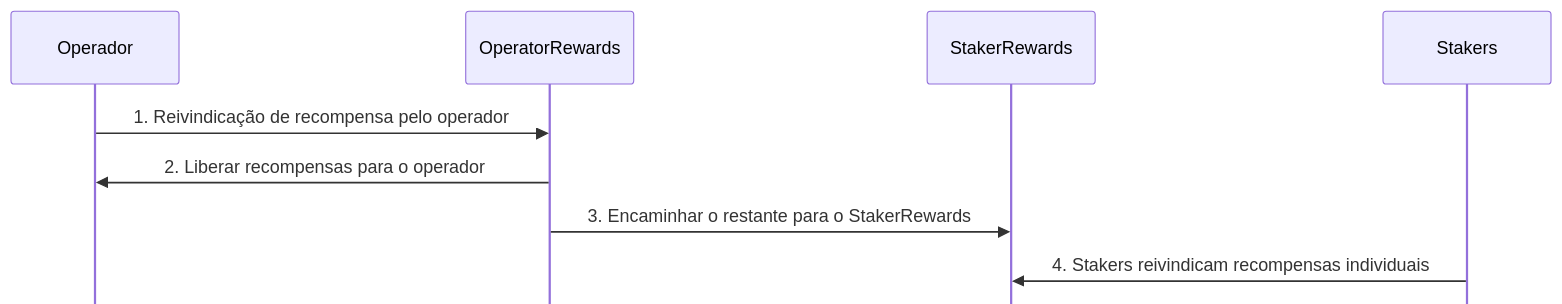
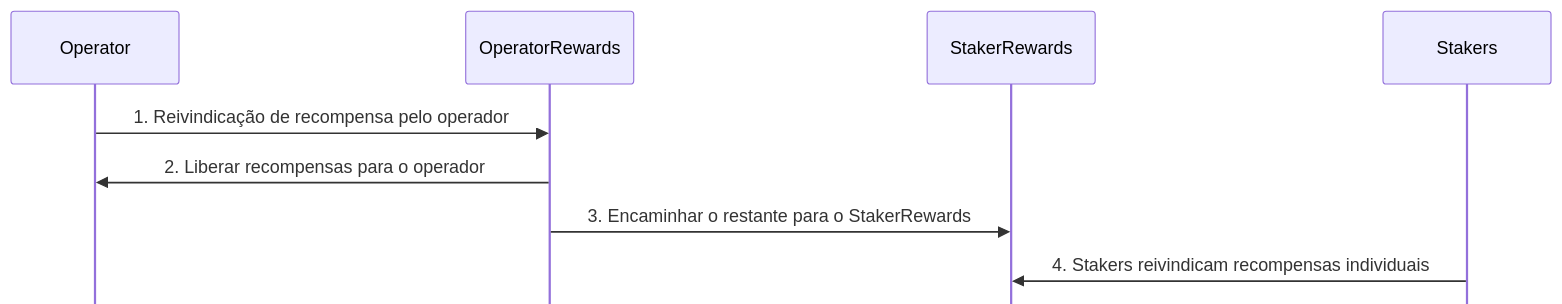
The fifth of 6 diagrams in pt/learn/tanssi/external-security-providers/symbiotic.md (moondance-labs/tanssi-docs), drawn with Mermaid before and after one commit. The commit also changed other lines of this file and 103 other files, not shown here.

````diff
--- a/pt/learn/tanssi/external-security-providers/symbiotic.md
+++ b/pt/learn/tanssi/external-security-providers/symbiotic.md
@@ -201,13 +201,13 @@
 ```mermaid
 %%{init: {'sequence': {'mirrorActors': false}}}%%
 sequenceDiagram
- participant Operador
+ participant Operator
  participant OperatorRewards
  participant StakerRewards
  participant Stakers
 
- Operador->>OperatorRewards: 1. Reivindicação de recompensa pelo operador
- OperatorRewards->>Operador: 2. Liberar recompensas para o operador
+ Operator->>OperatorRewards: 1. Reivindicação de recompensa pelo operador
+ OperatorRewards->>Operator: 2. Liberar recompensas para o operador
  OperatorRewards->>StakerRewards: 3. Encaminhar o restante para o StakerRewards
  Stakers->>StakerRewards: 4. Stakers reivindicam recompensas individuais
 ```
````
